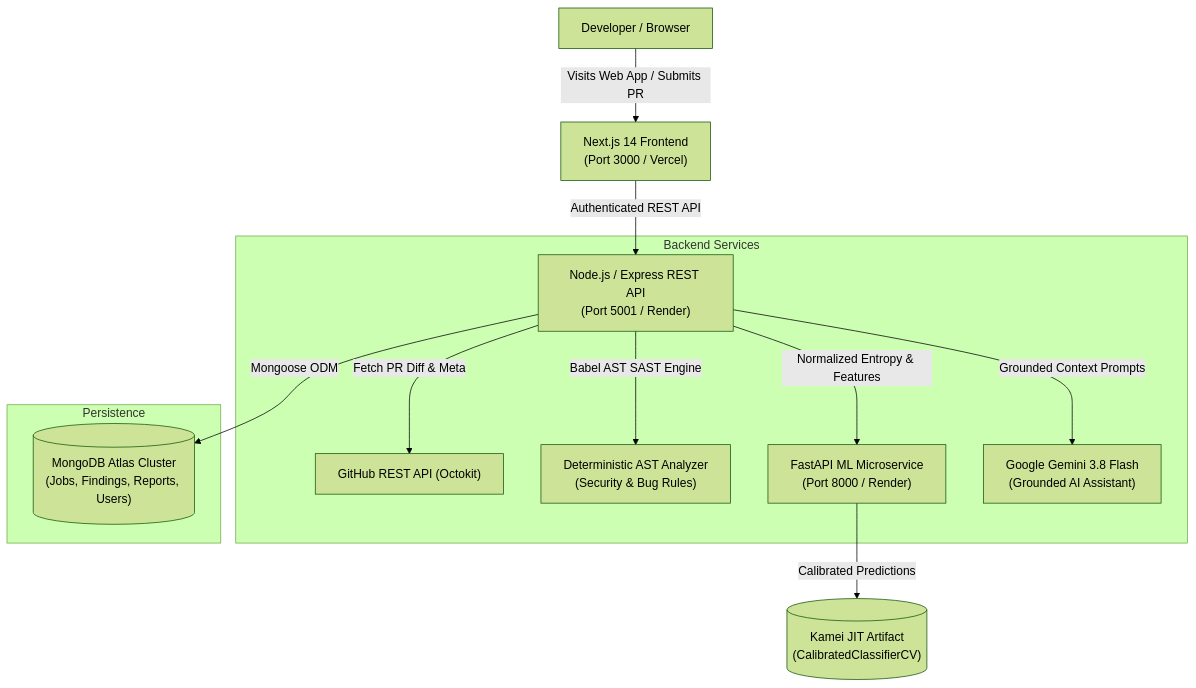
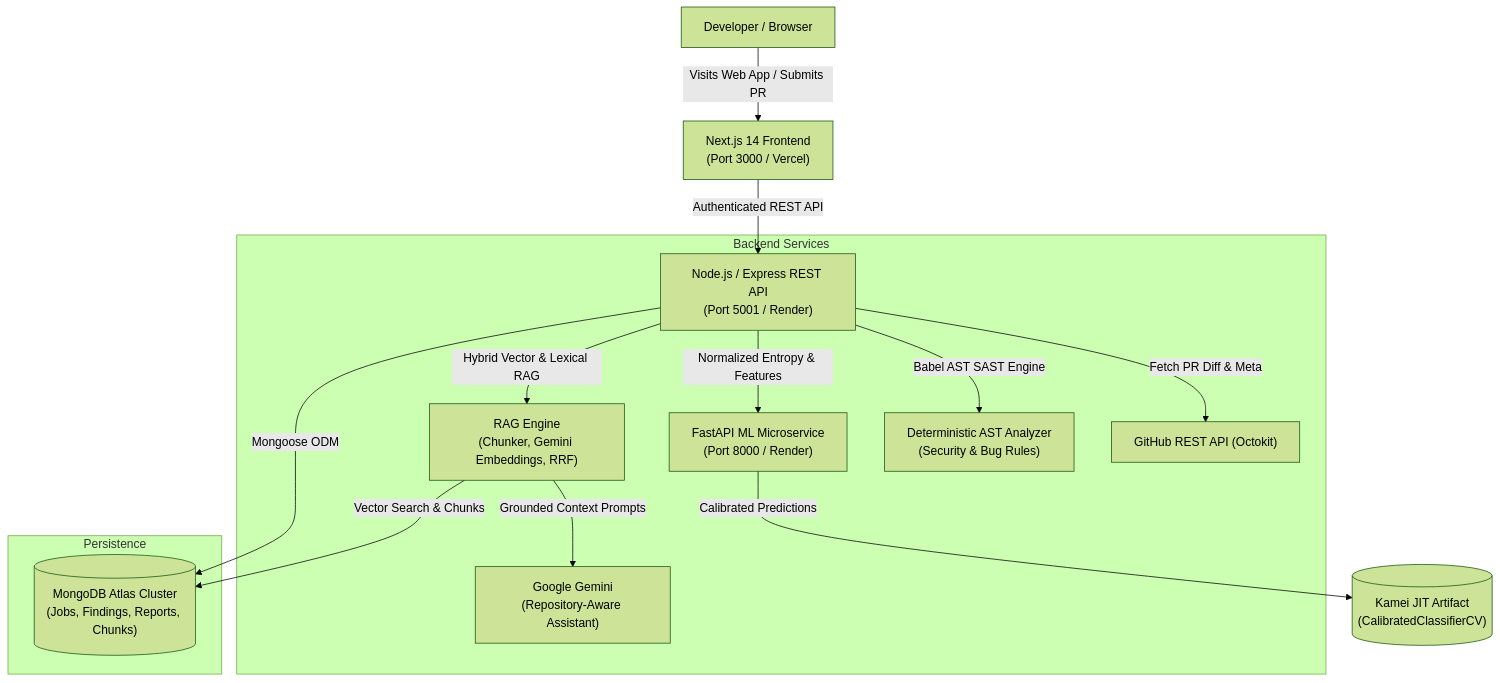
One commit to Fazlul105/CODESENSE-AI changed the diagram in README.md. Above: the diagram before and after it, drawn with Mermaid (forest theme). The commit also changed other lines of this file and 24 other files, not shown here.

Commit message:
feat(rag): implement production-ready repository-aware RAG pipeline with Gemini embeddings and Atlas vector search

````diff
--- a/README.md
+++ b/README.md
@@ -54,18 +54,20 @@
 ```mermaid
 flowchart TD
     User["Developer / Browser"] -->|Visits Web App / Submits PR| Web["Next.js 14 Frontend\n(Port 3000 / Vercel)"]
     Web -->|Authenticated REST API| API["Node.js / Express REST API\n(Port 5001 / Render)"]
     
     subgraph CoreBackend["Backend Services"]
         API -->|Fetch PR Diff & Meta| Octokit["GitHub REST API (Octokit)"]
         API -->|Babel AST SAST Engine| AST["Deterministic AST Analyzer\n(Security & Bug Rules)"]
         API -->|Normalized Entropy & Features| ML["FastAPI ML Microservice\n(Port 8000 / Render)"]
-        API -->|Grounded Context Prompts| Gemini["Google Gemini 3.8 Flash\n(Grounded AI Assistant)"]
+        API -->|Hybrid Vector & Lexical RAG| RAG["RAG Engine\n(Chunker, Gemini Embeddings, RRF)"]
+        RAG -->|Grounded Context Prompts| Gemini["Google Gemini\n(Repository-Aware Assistant)"]
     end
 
     subgraph DataLayer["Persistence"]
-        API -->|Mongoose ODM| Mongo[("MongoDB Atlas Cluster\n(Jobs, Findings, Reports, Users)")]
+        API -->|Mongoose ODM| Mongo[("MongoDB Atlas Cluster\n(Jobs, Findings, Reports, Chunks)")]
+        RAG -->|Vector Search & Chunks| Mongo
     end
 
     ML -->|Calibrated Predictions| Artifact[("Kamei JIT Artifact\n(CalibratedClassifierCV)")]
 ```
````
